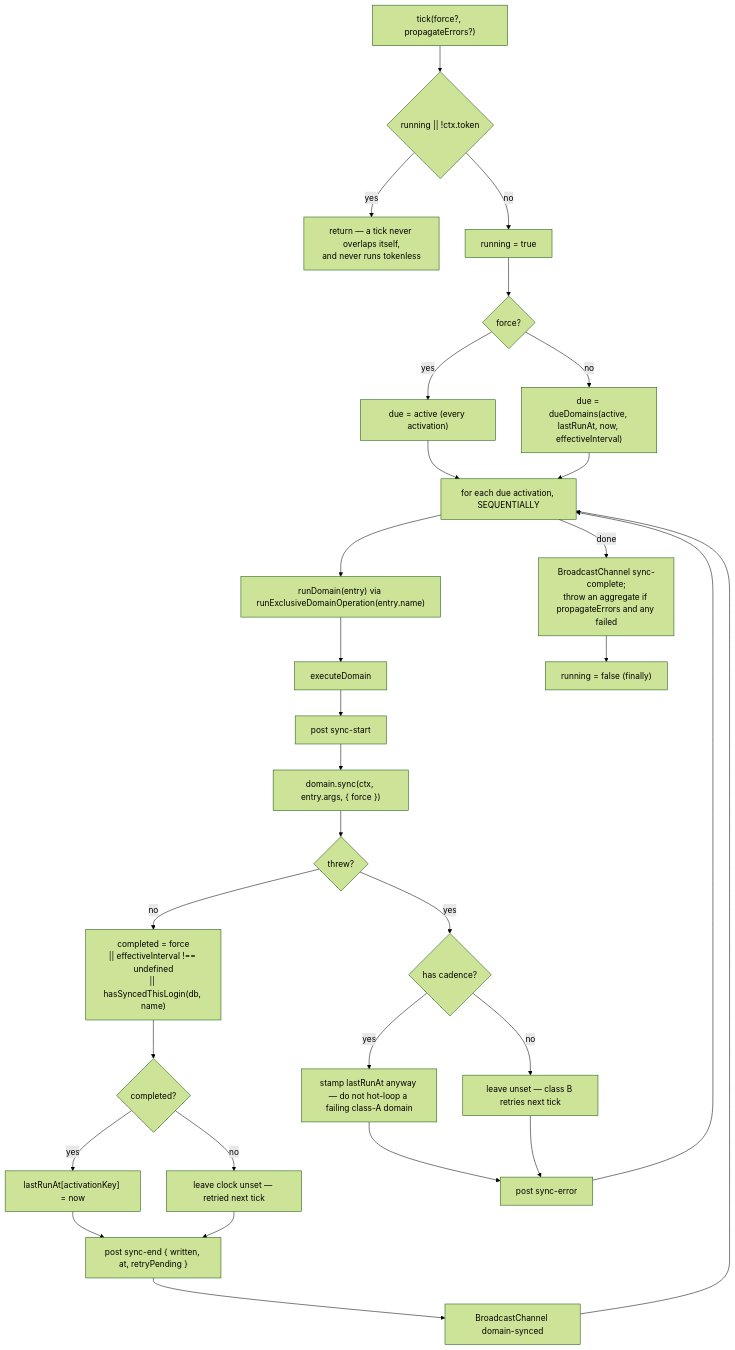
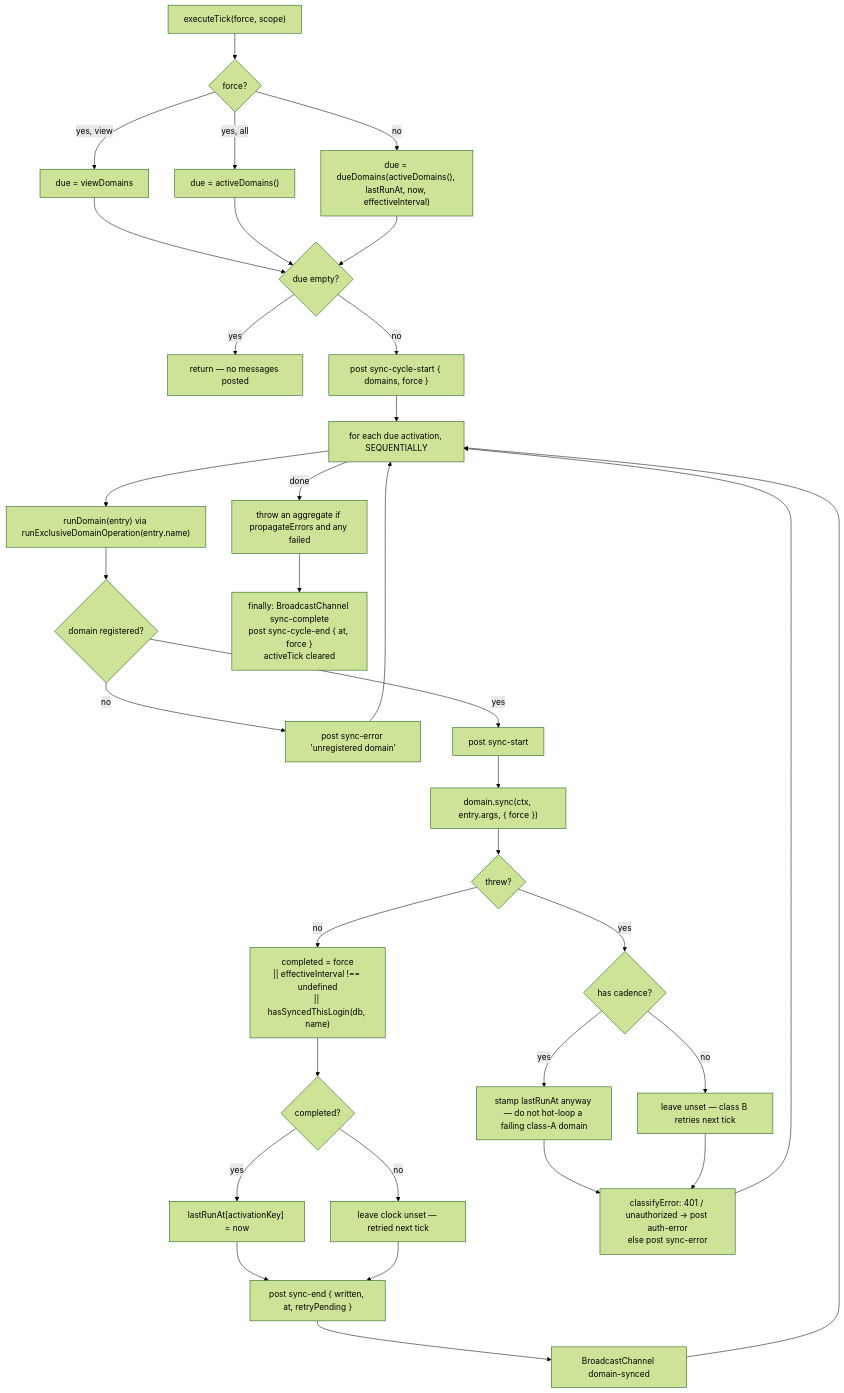
One commit to hotwax/accxui changed diagram 12 of 31 in docs/APP_DB_SYNC_FLOWS.md. Above: the diagram before and after it, drawn with Mermaid (forest theme). The commit also changed other lines of this file and 2 other files, not shown here.

Commit message:
Updated: App database docs for the query, sync activation, seed data and refetch changes made since they were last revised.

````diff
--- a/docs/APP_DB_SYNC_FLOWS.md
+++ b/docs/APP_DB_SYNC_FLOWS.md
@@ -312,32 +424,36 @@
 ```mermaid
 flowchart TD
-    T["tick(force?, propagateErrors?)"] --> G{"running || !ctx.token"}
-    G -- yes --> RET["return — a tick never overlaps itself,<br/>and never runs tokenless"]
-    G -- no --> SET["running = true"]
-    SET --> DUE{"force?"}
-    DUE -- yes --> ALL["due = active (every activation)"]
-    DUE -- no --> CALC["due = dueDomains(active, lastRunAt, now, effectiveInterval)"]
-    ALL --> LOOP
-    CALC --> LOOP["for each due activation, SEQUENTIALLY"]
+    E["executeTick(force, scope)"] --> DUE{"force?"}
+    DUE -- "yes, view" --> V["due = viewDomains"]
+    DUE -- "yes, all" --> A["due = activeDomains()"]
+    DUE -- no --> CALC["due = dueDomains(activeDomains(), lastRunAt, now, effectiveInterval)"]
+    V --> EMPTY
+    A --> EMPTY
+    CALC --> EMPTY{"due empty?"}
+    EMPTY -- yes --> X["return — no messages posted"]
+    EMPTY -- no --> CS["post sync-cycle-start { domains, force }"]
+    CS --> LOOP["for each due activation, SEQUENTIALLY"]
     LOOP --> RD["runDomain(entry) via runExclusiveDomainOperation(entry.name)"]
-    RD --> EX["executeDomain"]
-    EX --> POST1["post sync-start"]
+    RD --> REG{"domain registered?"}
+    REG -- no --> UR["post sync-error 'unregistered domain'"]
+    REG -- yes --> POST1["post sync-start"]
     POST1 --> CALL["domain.sync(ctx, entry.args, { force })"]
     CALL --> OK{"threw?"}
     OK -- no --> COMP["completed = force<br/>|| effectiveInterval !== undefined<br/>|| hasSyncedThisLogin(db, name)"]
     COMP --> STAMP{"completed?"}
     STAMP -- yes --> S1["lastRunAt[activationKey] = now"]
     STAMP -- no --> S2["leave clock unset — retried next tick"]
     S1 --> POST2["post sync-end { written, at, retryPending }"]
     S2 --> POST2
     POST2 --> BC["BroadcastChannel domain-synced"]
     OK -- yes --> ERRS{"has cadence?"}
     ERRS -- yes --> S3["stamp lastRunAt anyway — do not hot-loop a failing class-A domain"]
     ERRS -- no --> S4["leave unset — class B retries next tick"]
-    S3 --> POST3["post sync-error"]
-    S4 --> POST3
-    POST3 --> LOOP
+    S3 --> CLS["classifyError: 401 / unauthorized → post auth-error<br/>else post sync-error"]
+    S4 --> CLS
+    CLS --> LOOP
+    UR --> LOOP
     BC --> LOOP
-    LOOP -- done --> DONE["BroadcastChannel sync-complete;<br/>throw an aggregate if propagateErrors and any failed"]
-    DONE --> FIN["running = false (finally)"]
+    LOOP -- done --> AGG["throw an aggregate if propagateErrors and any failed"]
+    AGG --> FIN["finally: BroadcastChannel sync-complete<br/>post sync-cycle-end { at, force }<br/>activeTick cleared"]
 ```
````
